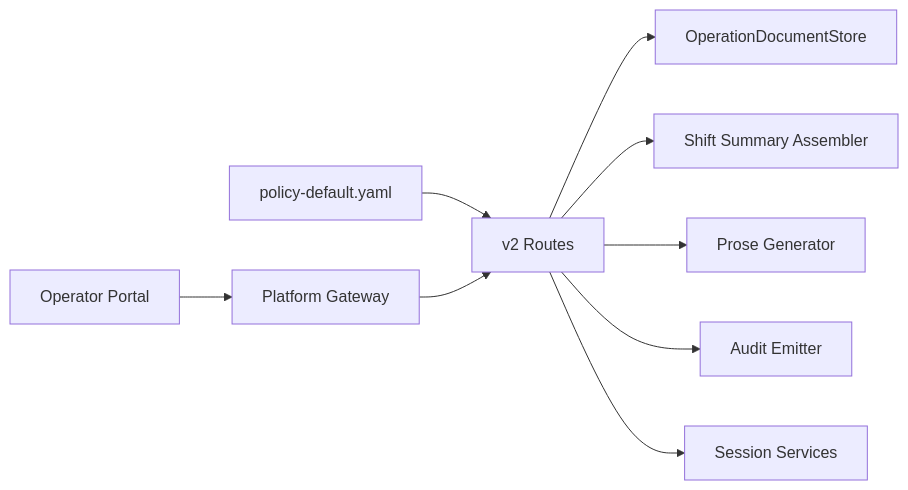
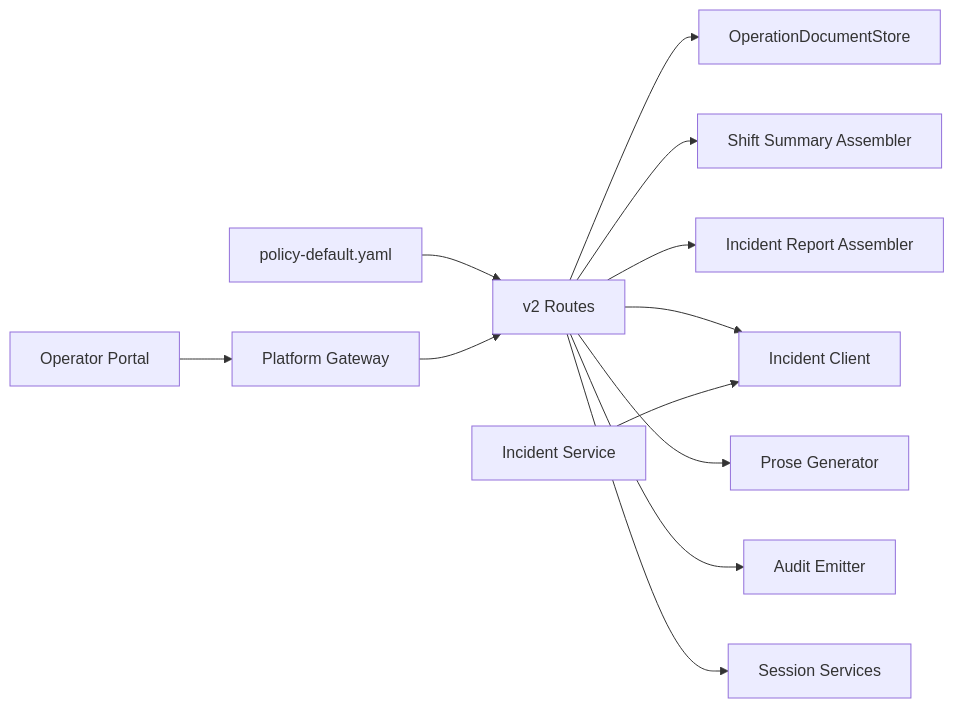
One commit to metasync/luban-aiops changed the tenth of 10 diagrams in .qoder/repowiki/en/content/Architecture Documentation/SPEC-039_ Operations Document Repository Specification.md. Above: the diagram before and after it, drawn with Mermaid. The commit also changed other lines of this file and 72 other files, not shown here.

````diff
--- a/.qoder/repowiki/en/content/Architecture Documentation/SPEC-039_ Operations Document Repository Specification.md
+++ b/.qoder/repowiki/en/content/Architecture Documentation/SPEC-039_ Operations Document Repository Specification.md
@@ -371,11 +497,14 @@
 ```mermaid
 graph LR
 Routes["v2 Routes"] --> Store["OperationDocumentStore"]
 Routes --> Asm["Shift Summary Assembler"]
+Routes --> IncAsm["Incident Report Assembler"]
+Routes --> IncClient["Incident Client"]
 Routes --> Prose["Prose Generator"]
 Routes --> Audit["Audit Emitter"]
 Routes --> SessionSvc["Session Services"]
 Policy["policy-default.yaml"] --> Routes
 Gateway["Platform Gateway"] --> Routes
 Portal["Operator Portal"] --> Gateway
+IncService["Incident Service"] --> IncClient
 ```
````
